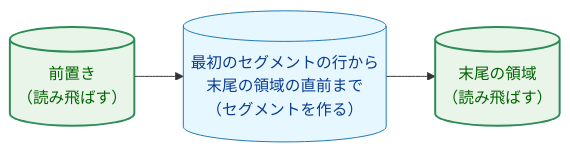
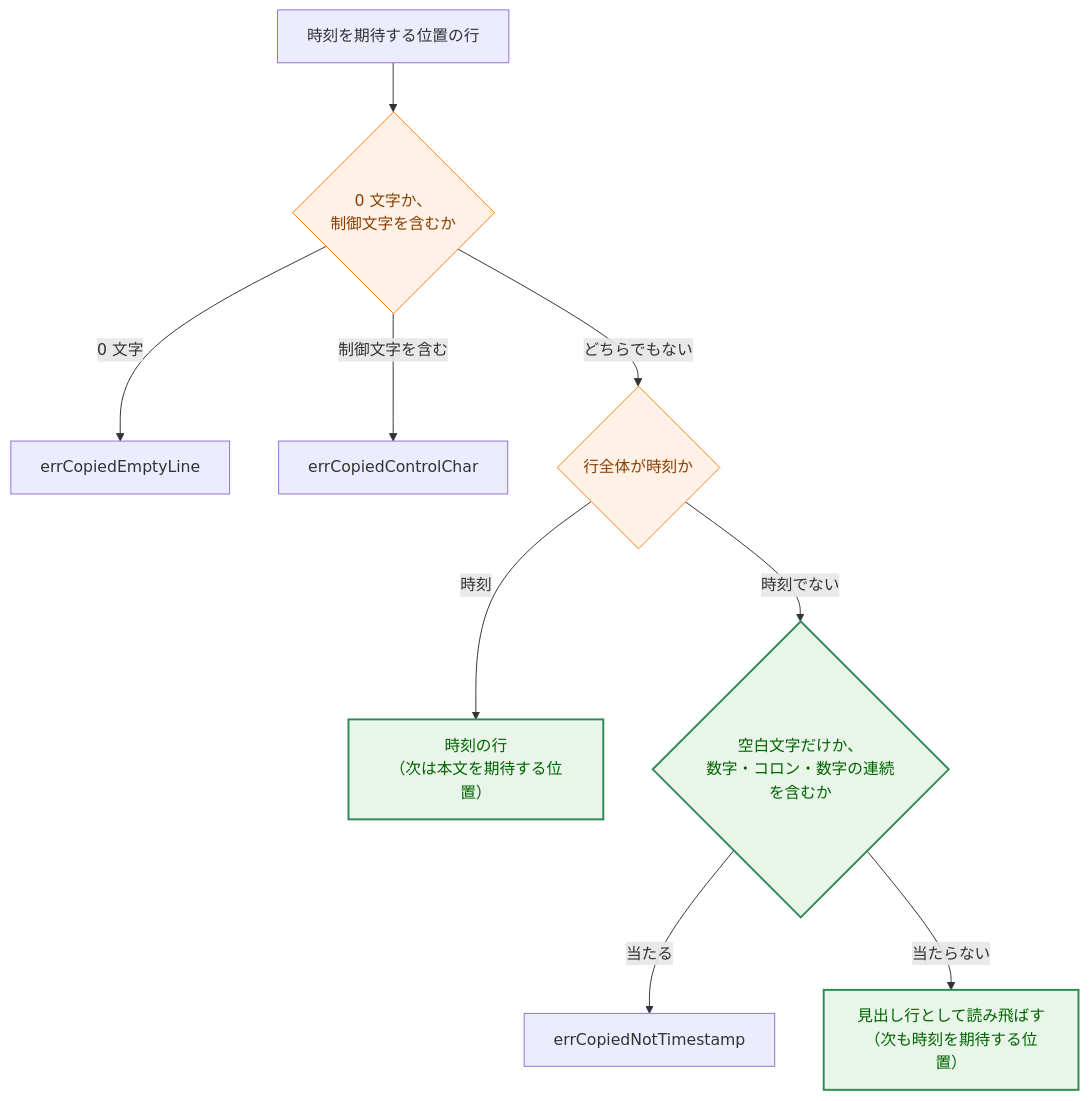
One commit to isseis/yt2column changed diagram 12 of 13 in docs/tasks/0024_copied_transcript_panel_lines/02_architecture.md. Above: the diagram before and after it, drawn with Mermaid. The commit also changed other lines of this file and 1 other file, not shown here.

First line of the commit message:
docs(0024): add form B chapter headings to the requirements and redraft the architecture (#314)

````diff
--- a/docs/tasks/0024_copied_transcript_panel_lines/02_architecture.md
+++ b/docs/tasks/0024_copied_transcript_panel_lines/02_architecture.md
@@ -505,14 +643,17 @@
 ```mermaid
-flowchart LR
-    classDef data fill:#e6f7ff,stroke:#1f77b4,stroke-width:1px,color:#0b3d91;
+flowchart TD
+    classDef process fill:#fff1e6,stroke:#ff7f0e,stroke-width:1px,color:#8a3e00;
     classDef enhanced fill:#e8f5e8,stroke:#2e8b57,stroke-width:2px,color:#006400;
 
-    PRE[("前置き<br>（読み飛ばす）")]
-    BODY[("最初のセグメントの行から<br>末尾の領域の直前まで<br>（セグメントを作る）")]
-    TRAIL[("末尾の領域<br>（読み飛ばす）")]
+    LINE["時刻を期待する位置の行"] --> CHK{"0 文字か、<br>制御文字を含むか"}
+    CHK -->|"0 文字"| EEMPTY["errCopiedEmptyLine"]
+    CHK -->|"制御文字を含む"| ECTRL["errCopiedControlChar"]
+    CHK -->|"どちらでもない"| TS{"行全体が時刻か"}
+    TS -->|"時刻"| NEXTTEXT["時刻の行<br>（次は本文を期待する位置）"]
+    TS -->|"時刻でない"| GUARD{"空白文字だけか、<br>数字・コロン・数字の連続を含むか"}
+    GUARD -->|"当たる"| ENOTTS["errCopiedNotTimestamp"]
+    GUARD -->|"当たらない"| SKIP["見出し行として読み飛ばす<br>（次も時刻を期待する位置）"]
 
-    PRE --> BODY --> TRAIL
-
-    class BODY data
-    class PRE,TRAIL enhanced
+    class CHK,TS process
+    class GUARD,SKIP,NEXTTEXT enhanced
 ```
````
